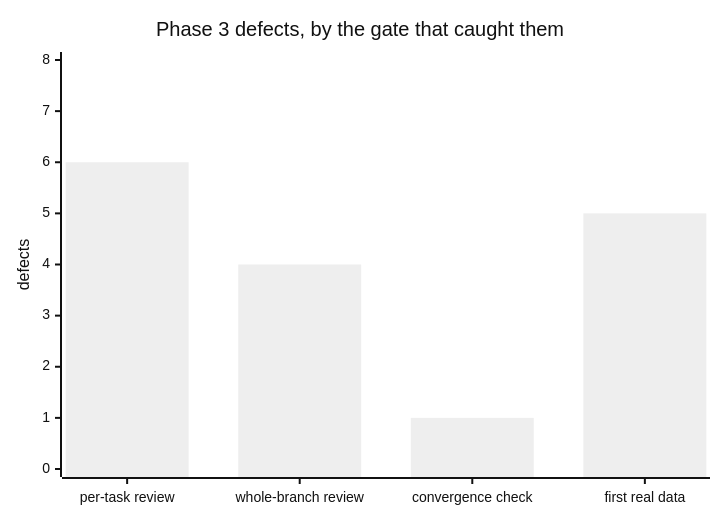
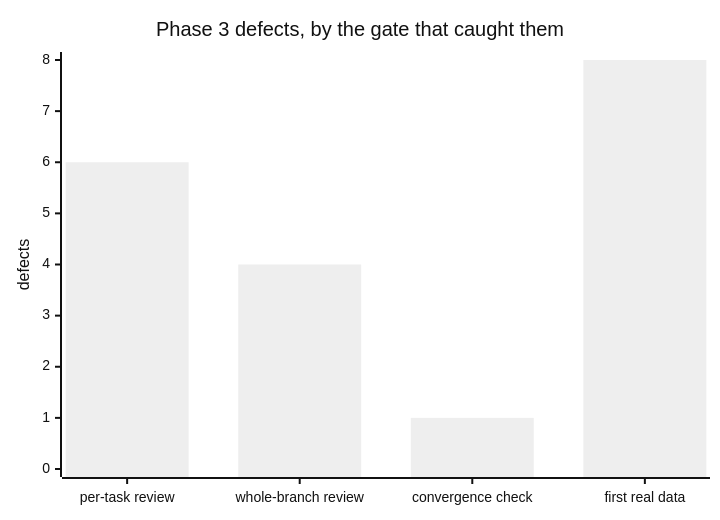
One commit to Binchitects/argus changed the fifth of 5 diagrams in docs/kpis.md. Above: the diagram before and after it, drawn with Mermaid (neutral theme). The commit also changed other lines of this file and 3 other files, not shown here.

````diff
--- a/docs/kpis.md
+++ b/docs/kpis.md
@@ -172,7 +172,7 @@
 ```mermaid
 xychart-beta
     title "Phase 3 defects, by the gate that caught them"
     x-axis ["per-task review", "whole-branch review", "convergence check", "first real data"]
     y-axis "defects" 0 --> 8
-    bar [6, 4, 1, 5]
+    bar [6, 4, 1, 8]
 ```
````
